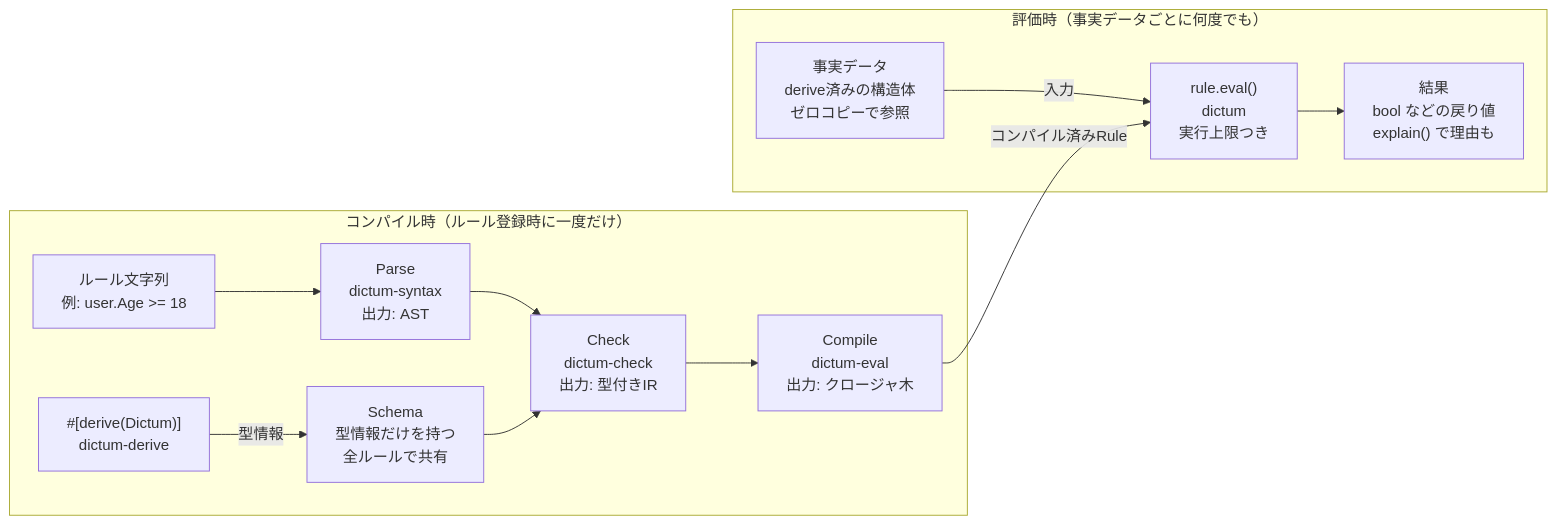
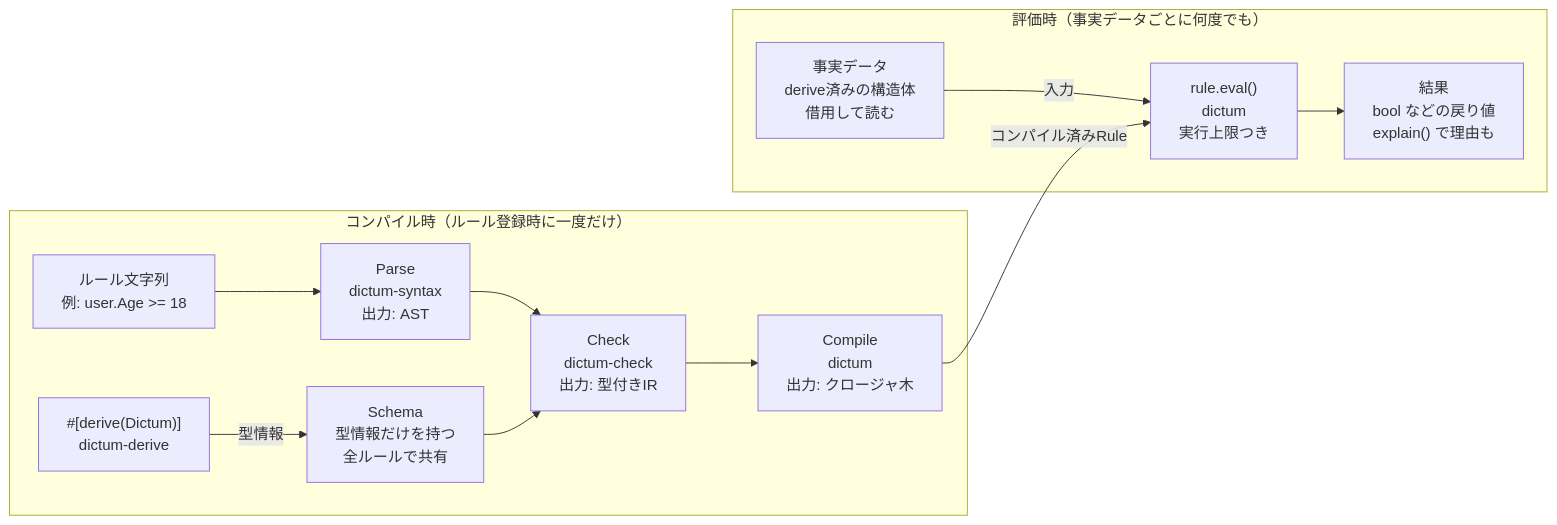
Before and after one commit to chansuke/dictum: the diagram in docs/dictum-design.md, drawn with Mermaid. The commit also changed other lines of this file, not shown here.

````diff
--- a/docs/dictum-design.md
+++ b/docs/dictum-design.md
@@ -48,15 +50,15 @@
 ```mermaid
 flowchart LR
     subgraph compile["コンパイル時（ルール登録時に一度だけ）"]
         SRC["ルール文字列<br/>例: user.Age >= 18"] --> PARSE["Parse<br/>dictum-syntax<br/>出力: AST"]
         PARSE --> CHECK["Check<br/>dictum-check<br/>出力: 型付きIR"]
-        CHECK --> COMPILE["Compile<br/>dictum-eval<br/>出力: クロージャ木"]
+        CHECK --> COMPILE["Compile<br/>dictum<br/>出力: クロージャ木"]
         DERIVE["#[derive(Dictum)]<br/>dictum-derive"] -- 型情報 --> SCHEMA["Schema<br/>型情報だけを持つ<br/>全ルールで共有"]
         SCHEMA --> CHECK
     end
     subgraph eval["評価時（事実データごとに何度でも）"]
-        FACTS["事実データ<br/>derive済みの構造体<br/>ゼロコピーで参照"] -- 入力 --> RUN["rule.eval()<br/>dictum<br/>実行上限つき"]
+        FACTS["事実データ<br/>derive済みの構造体<br/>借用して読む"] -- 入力 --> RUN["rule.eval()<br/>dictum<br/>実行上限つき"]
         RUN --> RESULT["結果<br/>bool などの戻り値<br/>explain() で理由も"]
     end
     COMPILE -- コンパイル済みRule --> RUN
 ```
````
